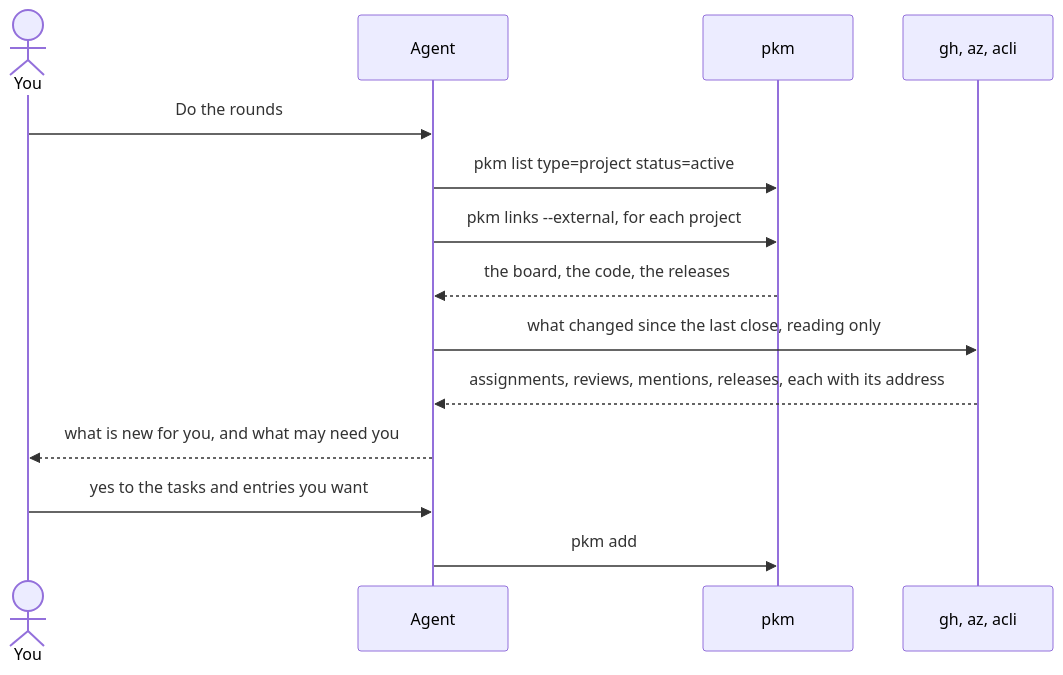
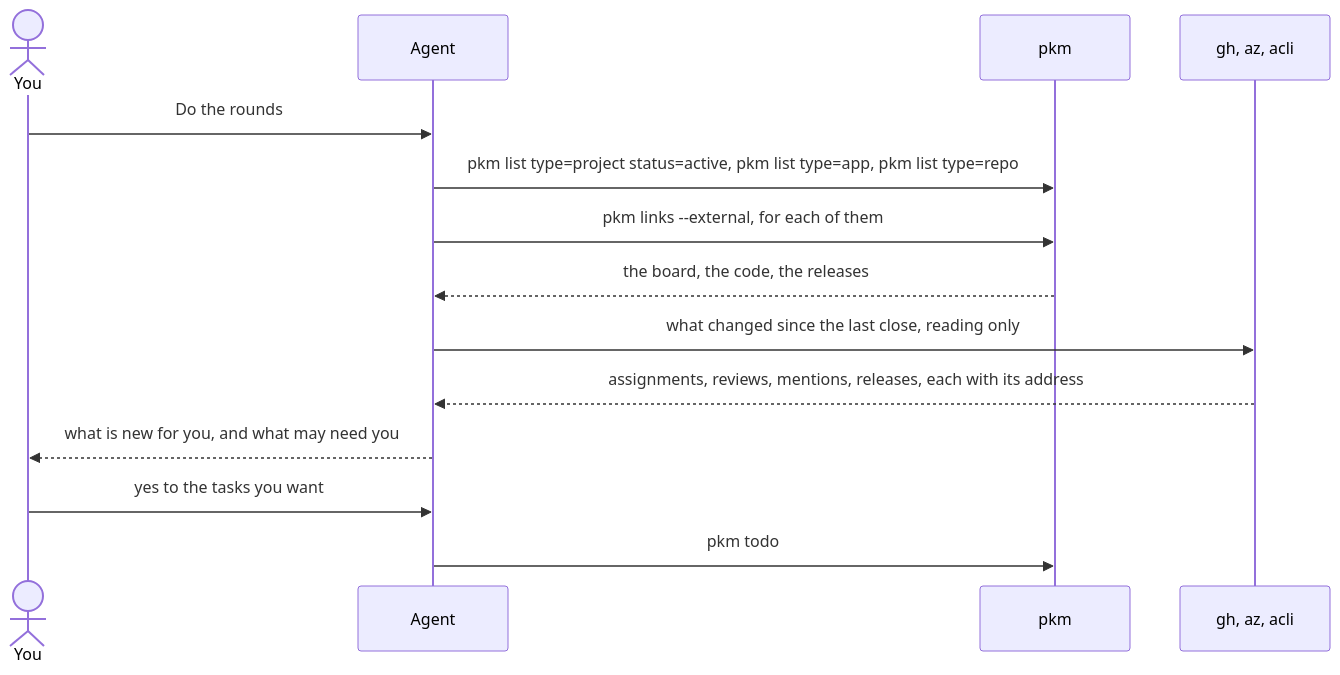
Before and after one commit to Zejnilovic/agentic-pkms: the sixth of 8 diagrams in docs/methodology.md, drawn with Mermaid. The commit also changed other lines of this file and 8 other files, not shown here.

````diff
--- a/docs/methodology.md
+++ b/docs/methodology.md
@@ -289,16 +289,16 @@
 ```mermaid
 sequenceDiagram
   actor You
   participant Agent
   participant pkm
   participant Tools as gh, az, acli
   You->>Agent: Do the rounds
-  Agent->>pkm: pkm list type=project status=active
-  Agent->>pkm: pkm links --external, for each project
+  Agent->>pkm: pkm list type=project status=active, pkm list type=app, pkm list type=repo
+  Agent->>pkm: pkm links --external, for each of them
   pkm-->>Agent: the board, the code, the releases
   Agent->>Tools: what changed since the last close, reading only
   Tools-->>Agent: assignments, reviews, mentions, releases, each with its address
   Agent-->>You: what is new for you, and what may need you
-  You->>Agent: yes to the tasks and entries you want
-  Agent->>pkm: pkm add
+  You->>Agent: yes to the tasks you want
+  Agent->>pkm: pkm todo
 ```
````
